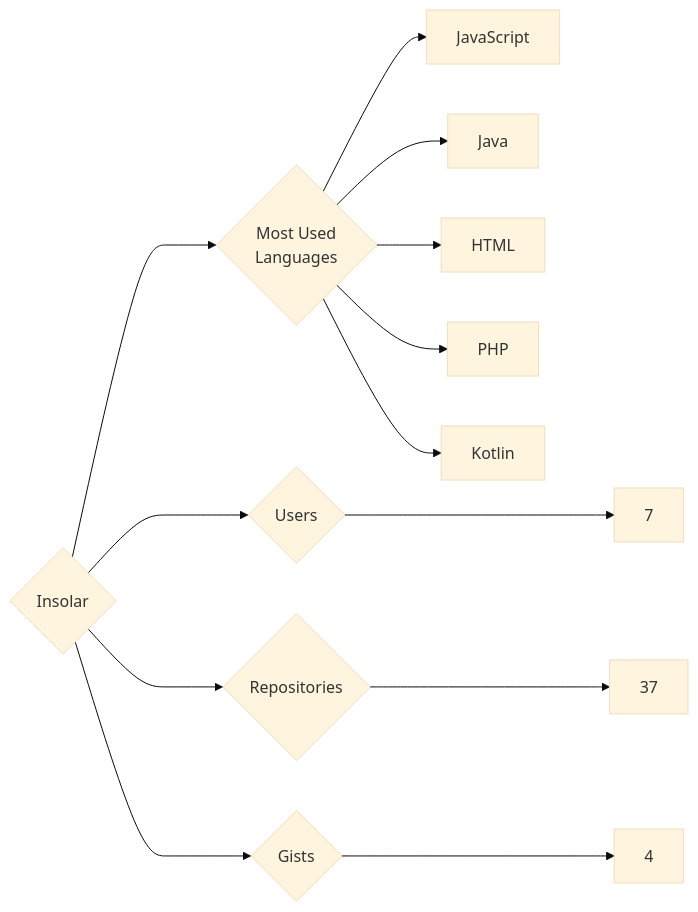
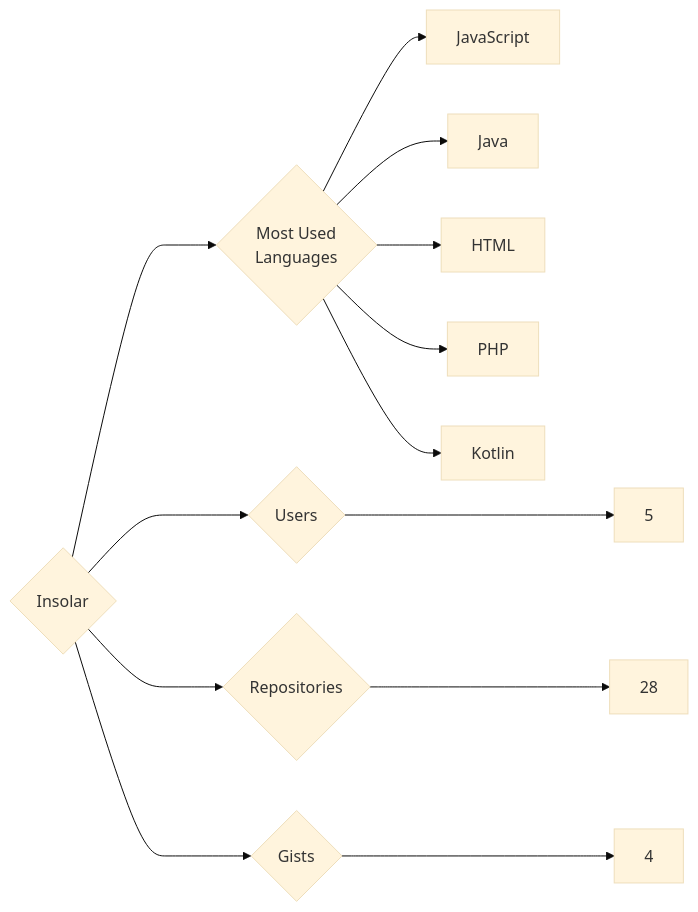
One commit to trickest/insiders changed the diagram in targets/Insolar/README.md. Above: the diagram before and after it, drawn with Mermaid (base theme). The commit also changed 1123 other files, not shown here.

````diff
--- a/targets/Insolar/README.md
+++ b/targets/Insolar/README.md
@@ -3,13 +3,13 @@
 ```mermaid
 graph LR
 COMPANY_NAME{Insolar}
-COMPANY_NAME ---> U{Users} ---> UN[7]
-COMPANY_NAME ---> R{Repositories} ---> RN[37]
+COMPANY_NAME ---> U{Users} ---> UN[5]
+COMPANY_NAME ---> R{Repositories} ---> RN[28]
 COMPANY_NAME ---> G{Gists} ---> GN[4]
 COMPANY_NAME ---> ML{Most Used<br>Languages}
 ML --> JavaScript[JavaScript]
 ML --> Java[Java]
 ML --> HTML[HTML]
 ML --> PHP[PHP]
 ML --> Kotlin[Kotlin]
 ```
````
